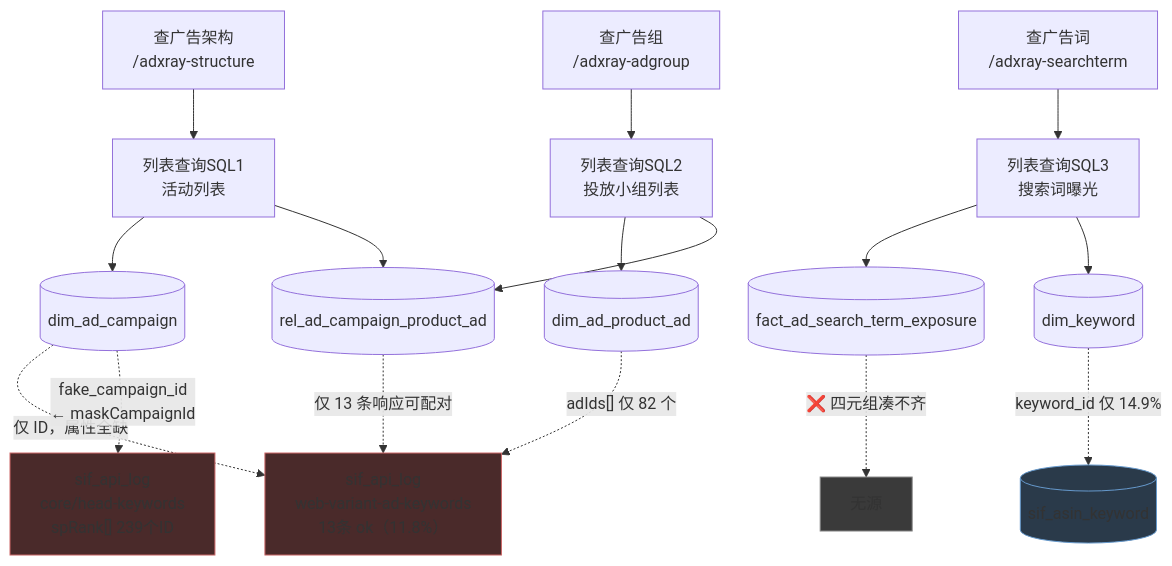
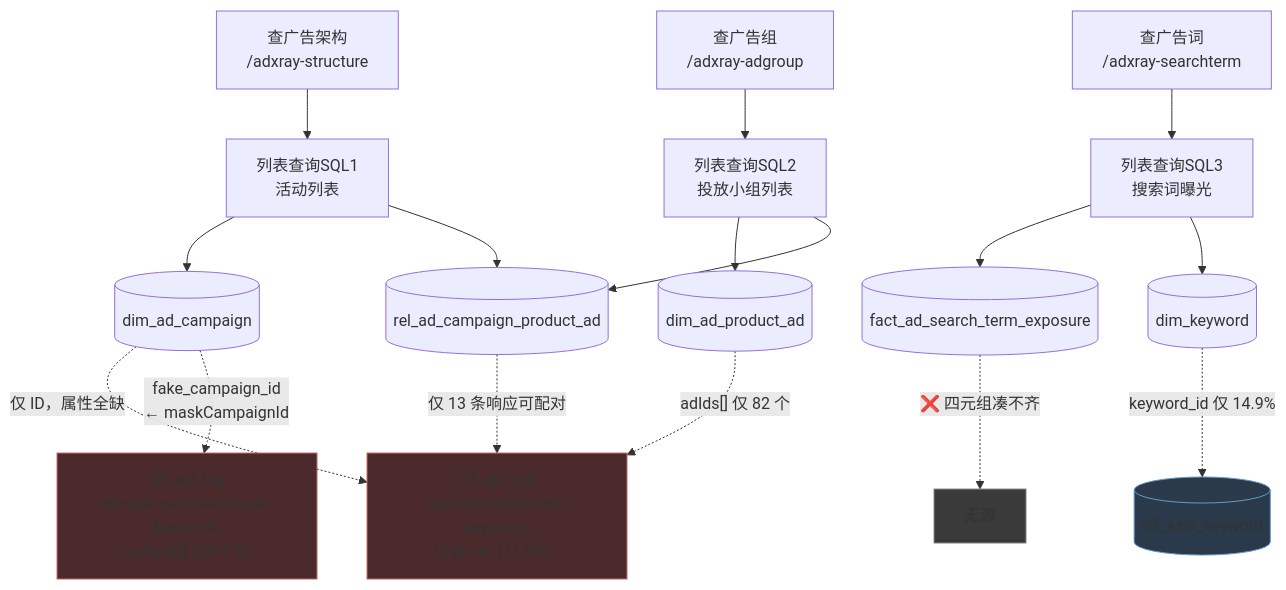
One commit to xiangge1208/looom changed the eighth of 11 diagrams in docs/MODULE_DATA_FLOW.md. Above: the diagram before and after it, drawn with Mermaid. The commit also changed other lines of this file and 68 other files, not shown here.

````diff
--- a/docs/MODULE_DATA_FLOW.md
+++ b/docs/MODULE_DATA_FLOW.md
@@ -995,30 +1037,30 @@
 ```mermaid
 flowchart TD
     P1["查广告架构<br/>/adxray-structure"]
     P2["查广告组<br/>/adxray-adgroup"]
     P3["查广告词<br/>/adxray-searchterm"]
 
   P1 --> S1["列表查询SQL1<br/>活动列表"]
     P2 --> S2["列表查询SQL2<br/>投放小组列表"]
     P3 --> S3["列表查询SQL3<br/>搜索词曝光"]
 
     S1 --> T1[("dim_ad_campaign")]
     S1 --> T2[("rel_ad_campaign_product_ad")]
     S2 --> T3[("dim_ad_product_ad")]
     S2 --> T2
     S3 --> T4[("fact_ad_search_term_exposure")]
     S3 --> T5[("dim_keyword")]
 
     %% ---------- PG 源层 ----------
-    T1 -.->|"仅 ID，属性全缺"| G1["sif_api_log<br/>web-variant-ad-keywords<br/>13条 ok（11.8%）"]
-    T1 -.->|"fake_campaign_id<br/>← maskCampaignId"| G2["sif_api_log<br/>core/head-keywords<br/>spRank[] 239个ID"]
+    T1 -.->|"仅 ID，属性全缺"| G1["sif_api_log<br/>ep=web-variant-ad-keywords<br/>13条 ok（11.8%）"]
+    T1 -.->|"fake_campaign_id<br/>← maskCampaignId"| G2["sif_api_log<br/>ep=web-asin-core/head-keywords<br/>spRank[] 239个ID"]
     T2 -.->|"仅 13 条响应可配对"| G1
     T3 -.->|"adIds[] 仅 82 个"| G1
     T4 -.->|"❌ 四元组凑不齐"| GX["无源"]
     T5 -.->|"keyword_id 仅 14.9%"| G3[("sif_asin_keyword")]
 
     style G1 fill:#4a2a2a,stroke:#c66
     style G2 fill:#4a2a2a,stroke:#c66
     style G3 fill:#2a3a4a,stroke:#69c
     style GX fill:#3a3a3a,stroke:#888
 ```
````
